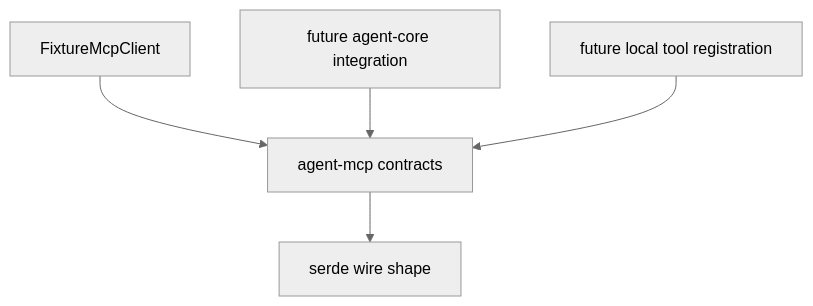
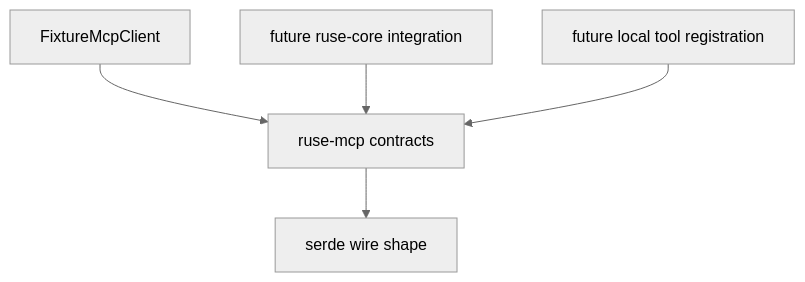
The diagram in docs/specs/M07-01-mcp-client.spec.md (poneding/agent), drawn with Mermaid (neutral theme) before and after one commit. The commit also changed other lines of this file and 2091 other files, not shown here.

First line of the commit message:
refactor: rename agent branding to ruse

````diff
--- a/docs/specs/M07-01-mcp-client.spec.md
+++ b/docs/specs/M07-01-mcp-client.spec.md
@@ -42,7 +42,7 @@
 ```mermaid
 flowchart TD
-  mcp["agent-mcp contracts"] --> serde["serde wire shape"]
+  mcp["ruse-mcp contracts"] --> serde["serde wire shape"]
   fixture["FixtureMcpClient"] --> mcp
-  future_core["future agent-core integration"] --> mcp
+  future_core["future ruse-core integration"] --> mcp
   future_tool["future local tool registration"] --> mcp
 ```
````
